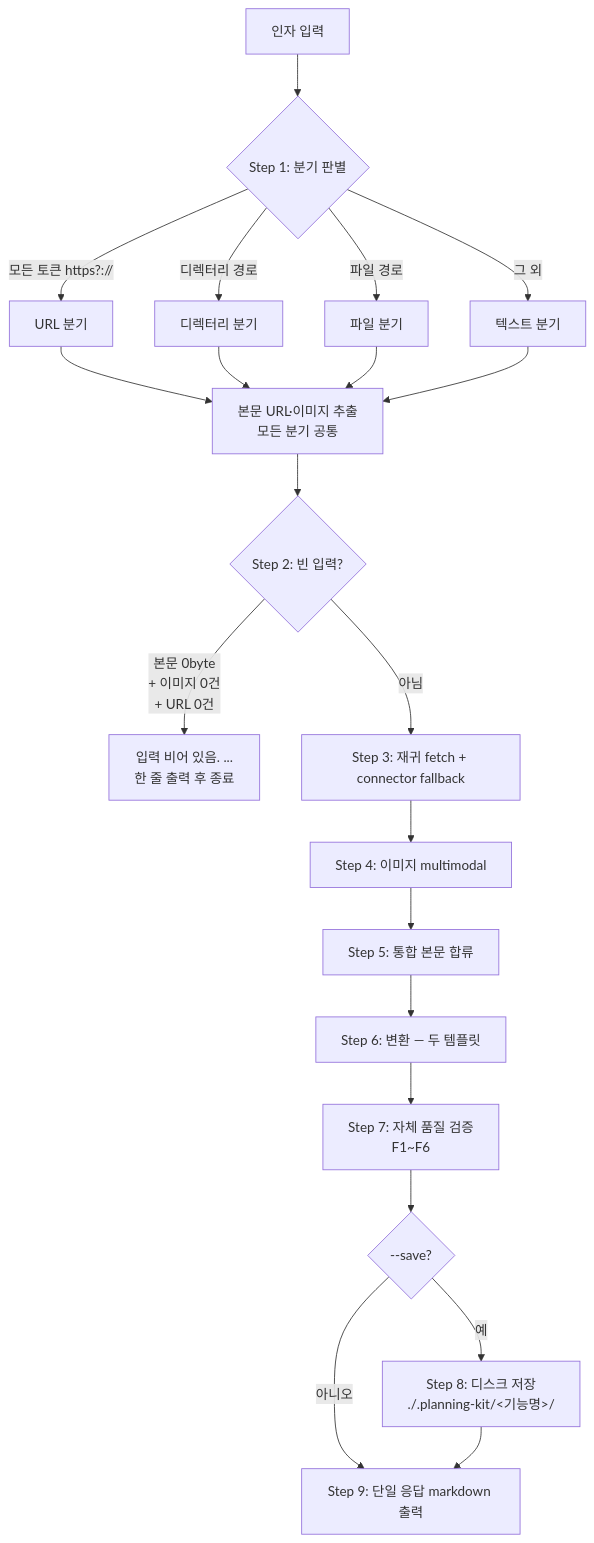
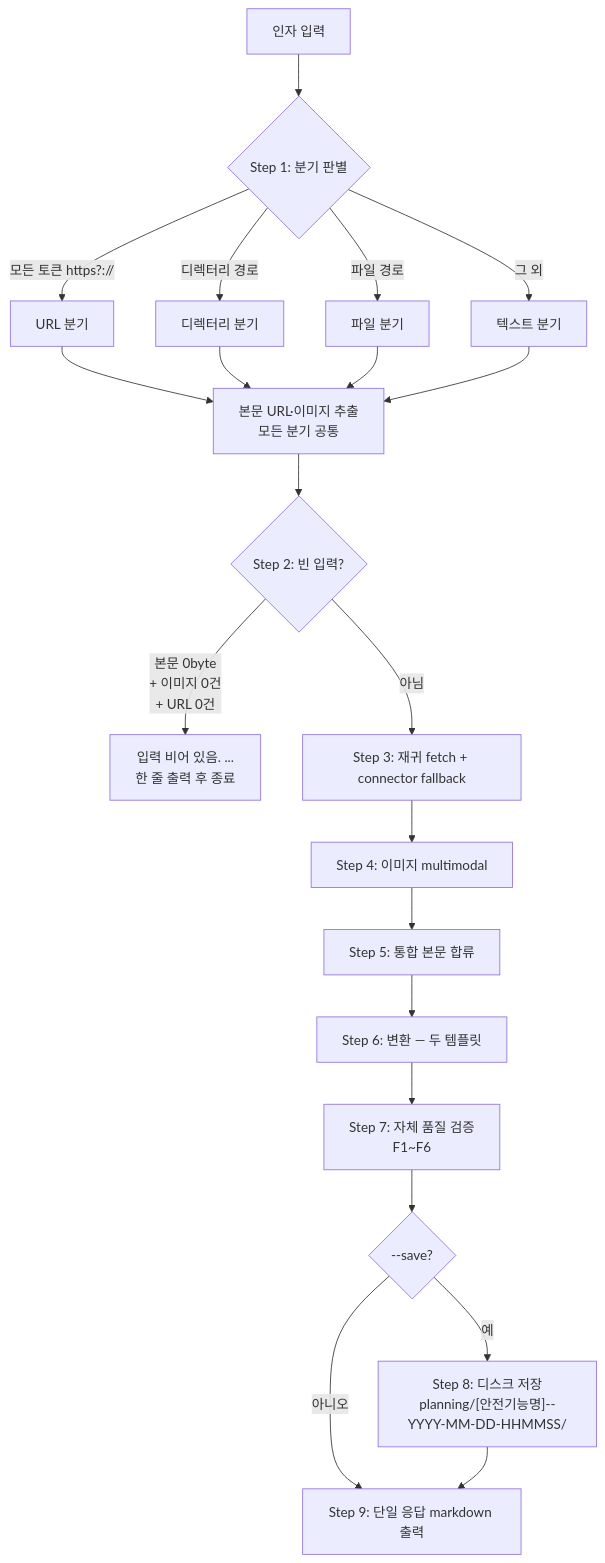
The first of 11 diagrams in planning-kit/docs/planning-format-workflow.md (inkwonjung-colosseum/plugins), drawn with Mermaid before and after one commit. The commit also changed other lines of this file and 24 other files, not shown here.

Commit message:
chore: release planning-kit 0.2.9

````diff
--- a/planning-kit/docs/planning-format-workflow.md
+++ b/planning-kit/docs/planning-format-workflow.md
@@ -7,26 +7,26 @@
 ```mermaid
 flowchart TD
   A[인자 입력] --> B{Step 1: 분기 판별}
   B -->|모든 토큰 https?://| C[URL 분기]
   B -->|디렉터리 경로| D[디렉터리 분기]
   B -->|파일 경로| E[파일 분기]
   B -->|그 외| F[텍스트 분기]
 
   C --> G[본문 URL·이미지 추출<br/>모든 분기 공통]
   D --> G
   E --> G
   F --> G
 
   G --> H{Step 2: 빈 입력?}
   H -->|본문 0byte<br/>+ 이미지 0건<br/>+ URL 0건| H1["입력 비어 있음. ...<br/>한 줄 출력 후 종료"]
   H -->|아님| I[Step 3: 재귀 fetch + connector fallback]
 
   I --> J[Step 4: 이미지 multimodal]
   J --> K[Step 5: 통합 본문 합류]
   K --> L[Step 6: 변환 — 두 템플릿]
   L --> M[Step 7: 자체 품질 검증<br/>F1~F6]
   M --> N{--save?}
-  N -->|예| SV["Step 8: 디스크 저장<br/>./.planning-kit/&lt;기능명&gt;/"]
+  N -->|예| SV["Step 8: 디스크 저장<br/>planning/[안전기능명]--YYYY-MM-DD-HHMMSS/"]
   N -->|아니오| OUT
   SV --> OUT[Step 9: 단일 응답 markdown 출력]
 ```
````
